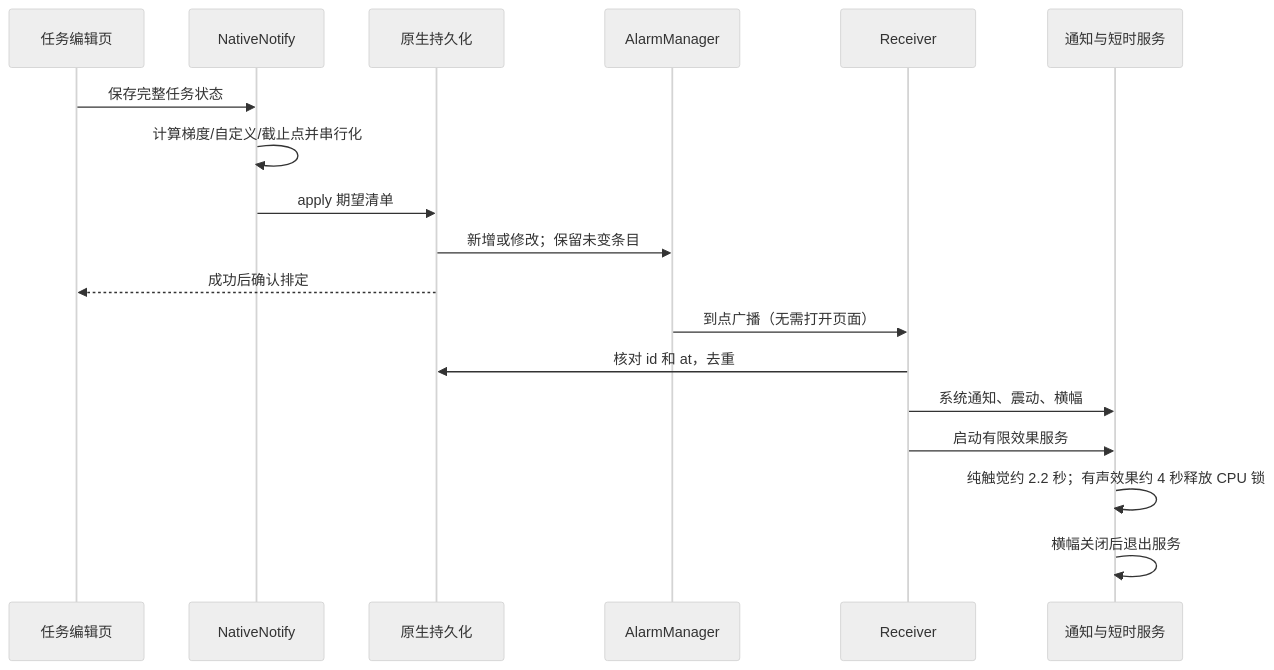
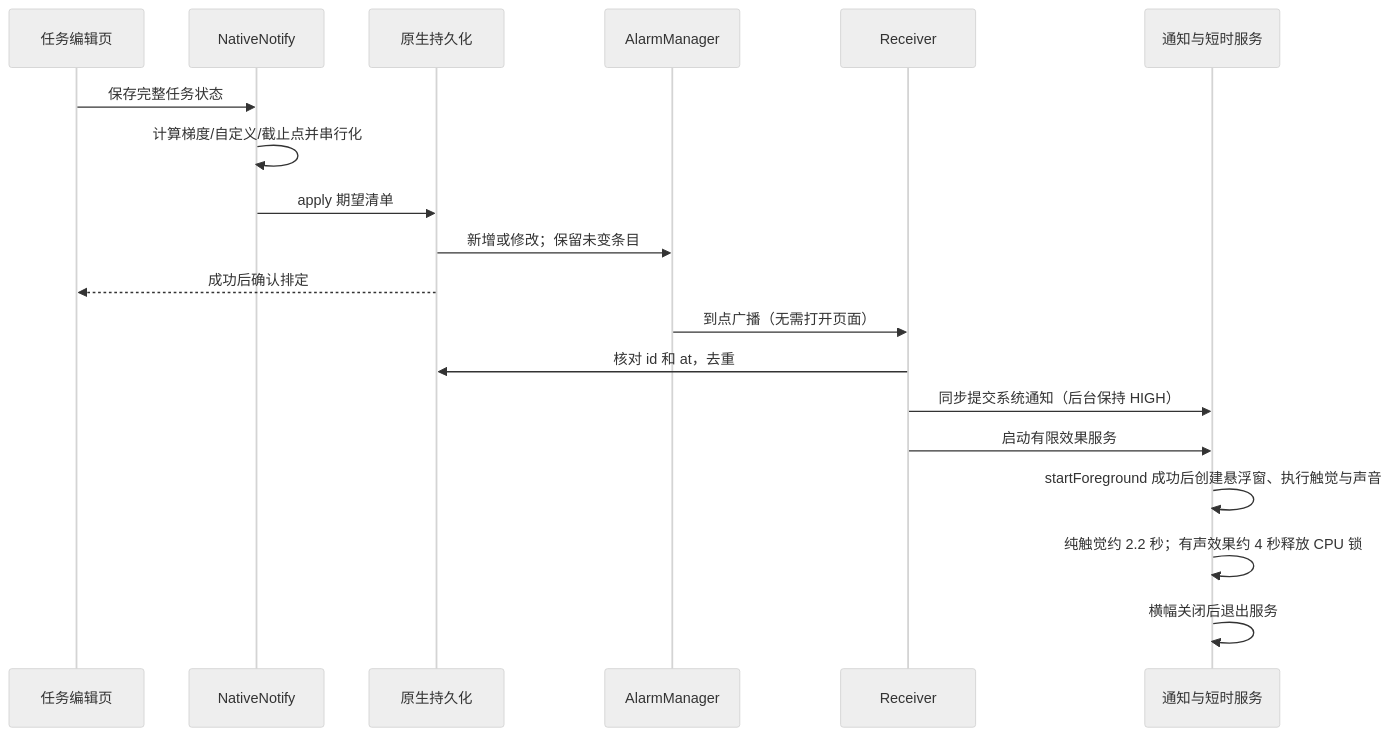
Before and after one commit to lhw366/ddl-radar-app: the diagram in docs/ARCHITECTURE.md, drawn with Mermaid (neutral theme). The commit also changed other lines of this file and 17 other files, not shown here.

````diff
--- a/docs/ARCHITECTURE.md
+++ b/docs/ARCHITECTURE.md
@@ -5,20 +5,21 @@
 ```mermaid
 sequenceDiagram
   participant UI as 任务编辑页
   participant JS as NativeNotify
   participant DB as 原生持久化
   participant AM as AlarmManager
   participant RX as Receiver
   participant FX as 通知与短时服务
   UI->>JS: 保存完整任务状态
   JS->>JS: 计算梯度/自定义/截止点并串行化
   JS->>DB: apply 期望清单
   DB->>AM: 新增或修改；保留未变条目
   DB-->>UI: 成功后确认排定
   AM->>RX: 到点广播（无需打开页面）
   RX->>DB: 核对 id 和 at，去重
-  RX->>FX: 系统通知、震动、横幅
+  RX->>FX: 同步提交系统通知（后台保持 HIGH）
   RX->>FX: 启动有限效果服务
+  FX->>FX: startForeground 成功后创建悬浮窗、执行触觉与声音
   FX->>FX: 纯触觉约 2.2 秒；有声效果约 4 秒释放 CPU 锁
   FX->>FX: 横幅关闭后退出服务
 ```
````
